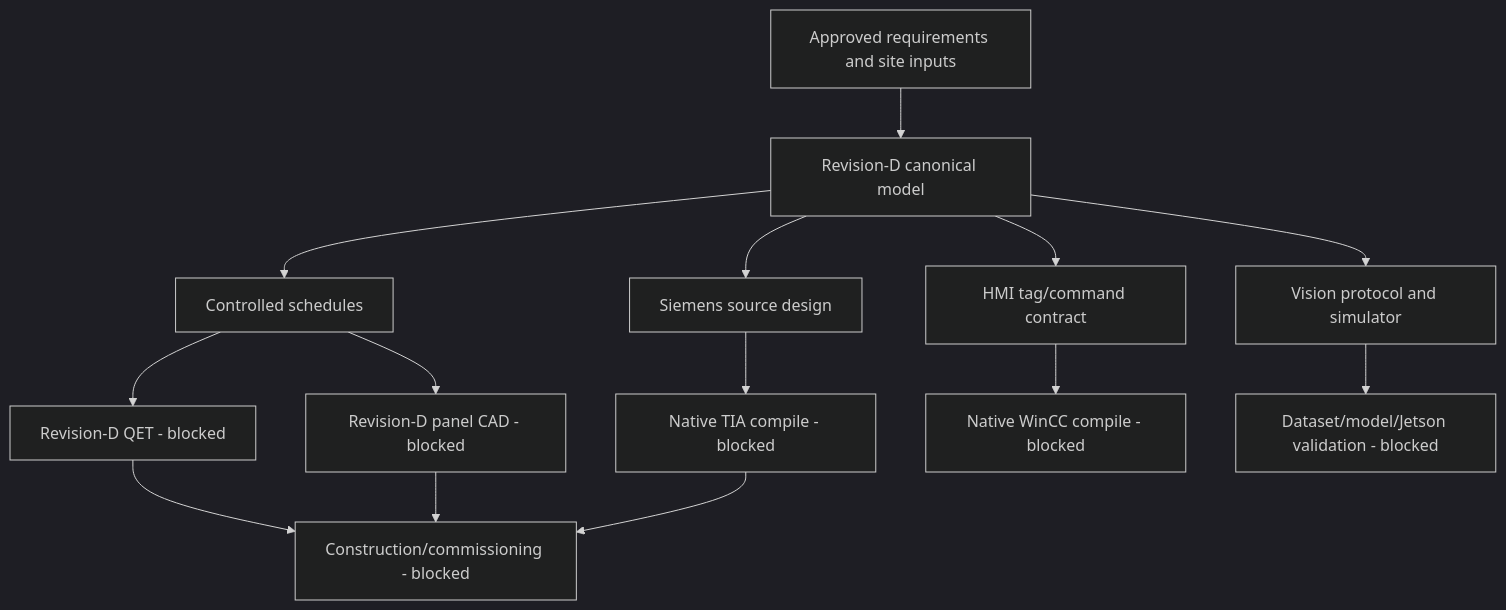
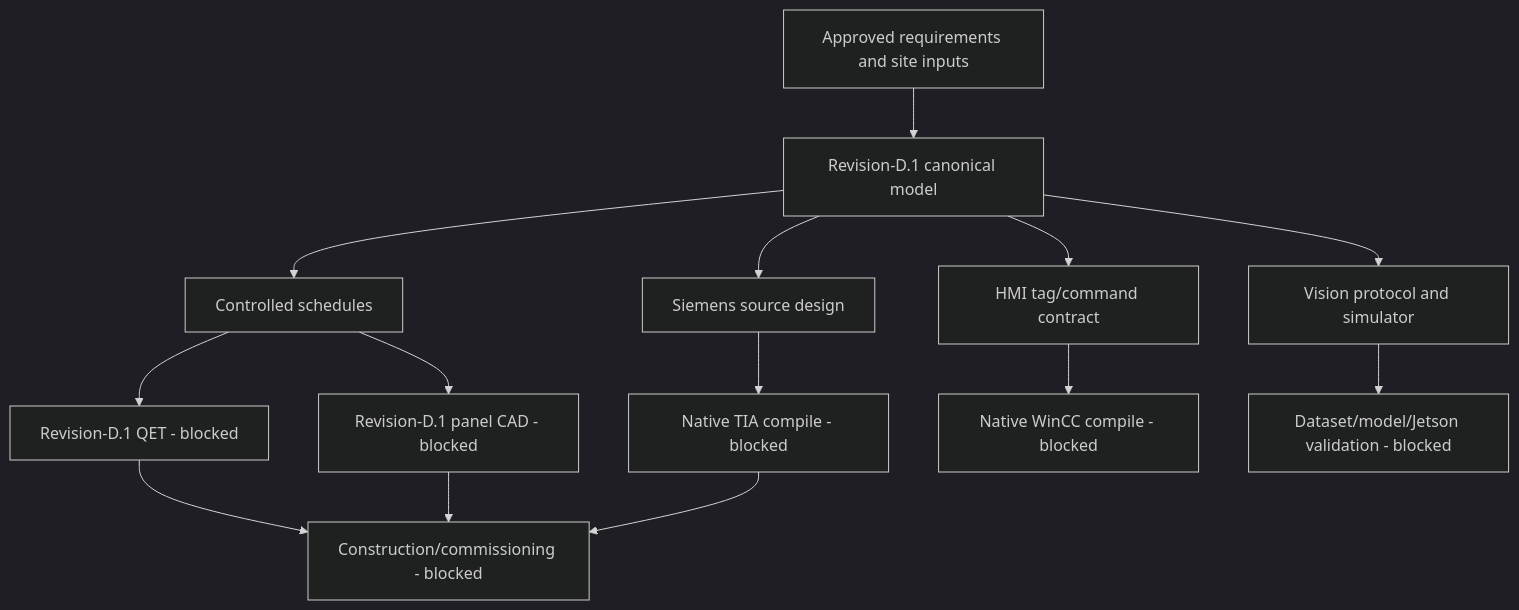
One commit to chad416/industry-grade-siemens-nvidia changed the diagram in 00_project_control/dependency_graph.mmd. Above: the diagram before and after it, drawn with Mermaid (dark theme). The commit also changed 119 other files, not shown here.

```diff
--- a/00_project_control/dependency_graph.mmd
+++ b/00_project_control/dependency_graph.mmd
@@ -1,14 +1,14 @@
 flowchart TD
-  R[Approved requirements and site inputs] --> C[Revision-D canonical model]
+  R[Approved requirements and site inputs] --> C[Revision-D.1 canonical model]
   C --> S[Controlled schedules]
   C --> PLC[Siemens source design]
   C --> HMI[HMI tag/command contract]
   C --> V[Vision protocol and simulator]
-  S --> QET[Revision-D QET - blocked]
-  S --> CAD[Revision-D panel CAD - blocked]
+  S --> QET[Revision-D.1 QET - blocked]
+  S --> CAD[Revision-D.1 panel CAD - blocked]
   PLC --> TIA[Native TIA compile - blocked]
   HMI --> WINCC[Native WinCC compile - blocked]
   V --> TARGET[Dataset/model/Jetson validation - blocked]
   QET --> PHYSICAL[Construction/commissioning - blocked]
   CAD --> PHYSICAL
   TIA --> PHYSICAL
```
